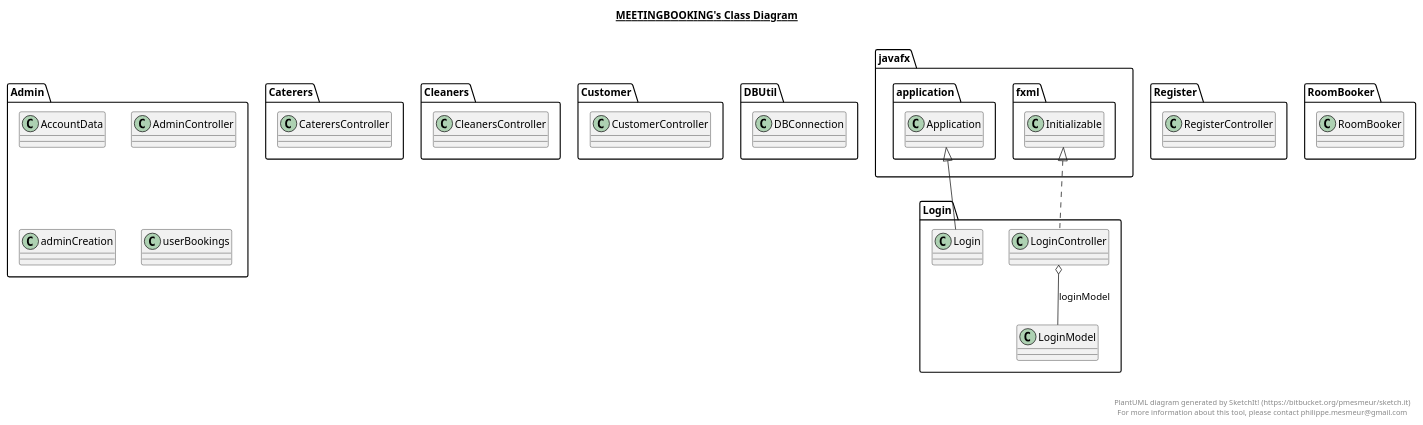
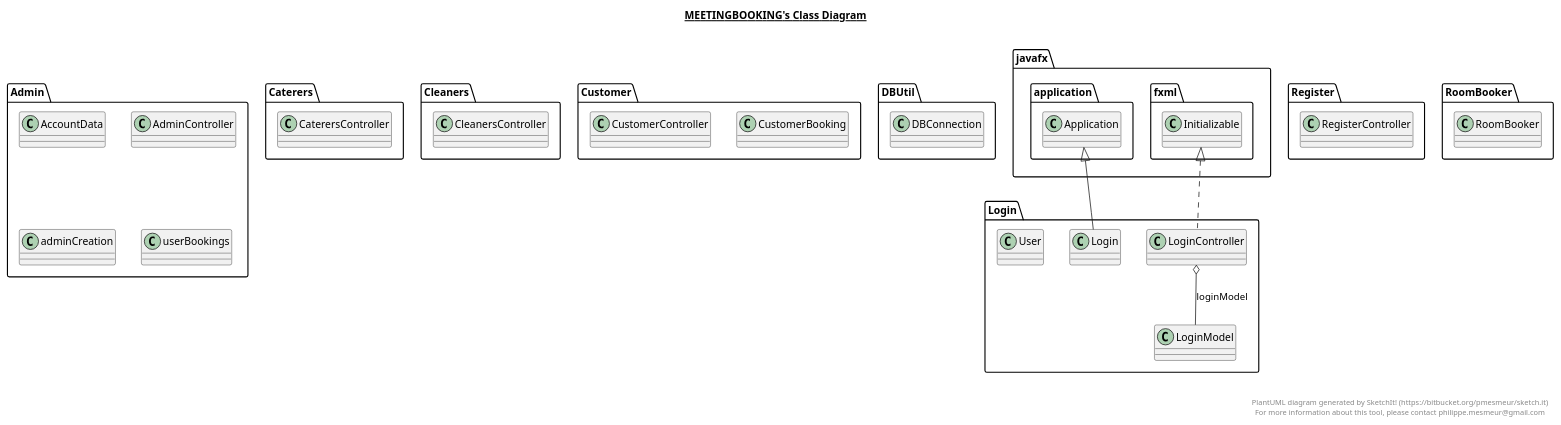
The diagram in meetingBooking.plantuml (hegde-atri/meetingBooking), drawn with PlantUML before and after one commit. The commit also changed 9 other files, not shown here.

```diff
--- a/meetingBooking.plantuml
+++ b/meetingBooking.plantuml
@@ -1,95 +1,107 @@
 @startuml
 
 title __MEETINGBOOKING's Class Diagram__\n
 
   namespace Admin {
     class Admin.AccountData {
     }
   }
   
 
   namespace Admin {
     class Admin.AdminController {
     }
   }
   
 
   namespace Admin {
     class Admin.adminCreation {
     }
   }
   
 
   namespace Admin {
     class Admin.userBookings {
     }
   }
   
 
   namespace Caterers {
     class Caterers.CaterersController {
     }
   }
   
 
   namespace Cleaners {
     class Cleaners.CleanersController {
     }
   }
   
 
   namespace Customer {
+    class Customer.CustomerBooking {
+    }
+  }
+  
+
+  namespace Customer {
     class Customer.CustomerController {
     }
   }
   
 
   namespace DBUtil {
     class DBUtil.DBConnection {
     }
   }
   
 
   namespace Login {
     class Login.Login {
     }
   }
   
 
   namespace Login {
     class Login.LoginController {
     }
   }
   
 
   namespace Login {
     class Login.LoginModel {
     }
   }
   
 
+  namespace Login {
+    class Login.User {
+    }
+  }
+  
+
   namespace Register {
     class Register.RegisterController {
     }
   }
   
 
   namespace RoomBooker {
     class RoomBooker.RoomBooker {
     }
   }
   
 
   Login.Login -up-|> javafx.application.Application
   Login.LoginController .up.|> javafx.fxml.Initializable
   Login.LoginController o-- Login.LoginModel : loginModel
 
 
 right footer
 
 
 PlantUML diagram generated by SketchIt! (https://bitbucket.org/pmesmeur/sketch.it)
 For more information about this tool, please contact philippe.mesmeur@gmail.com
 endfooter
 
 @enduml
```
